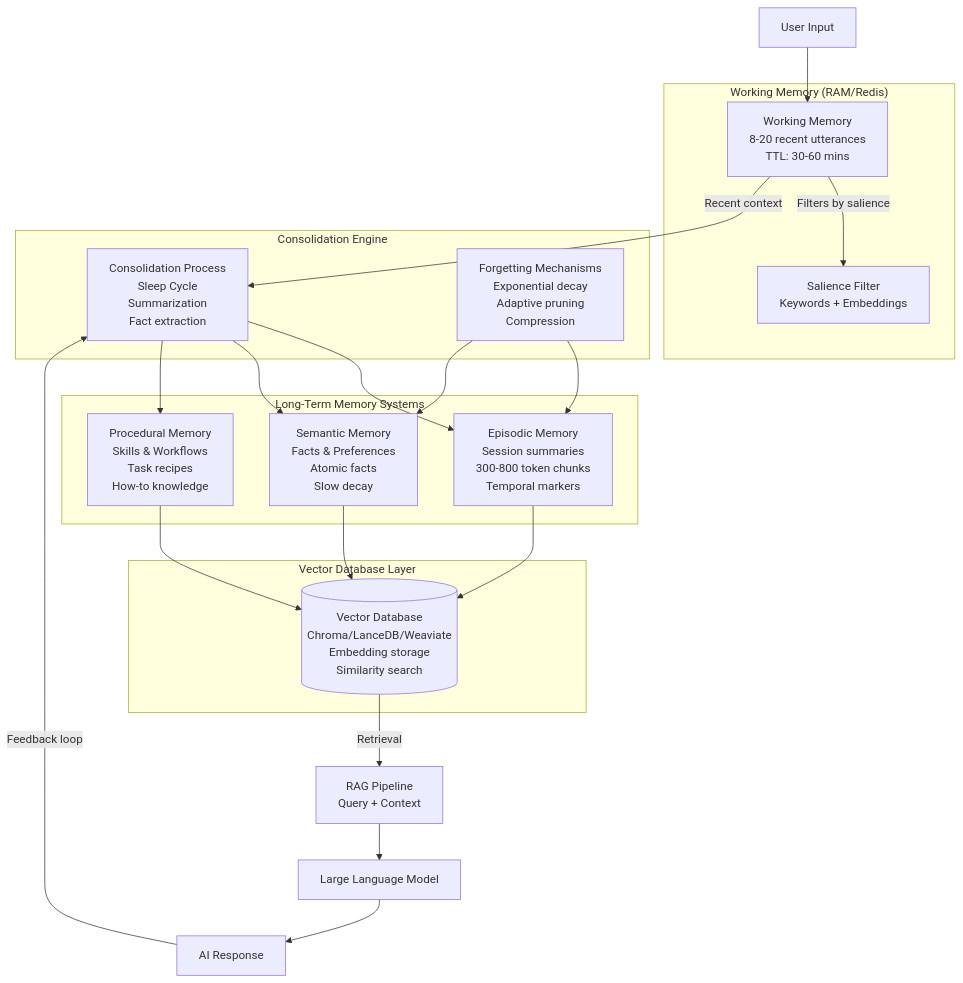
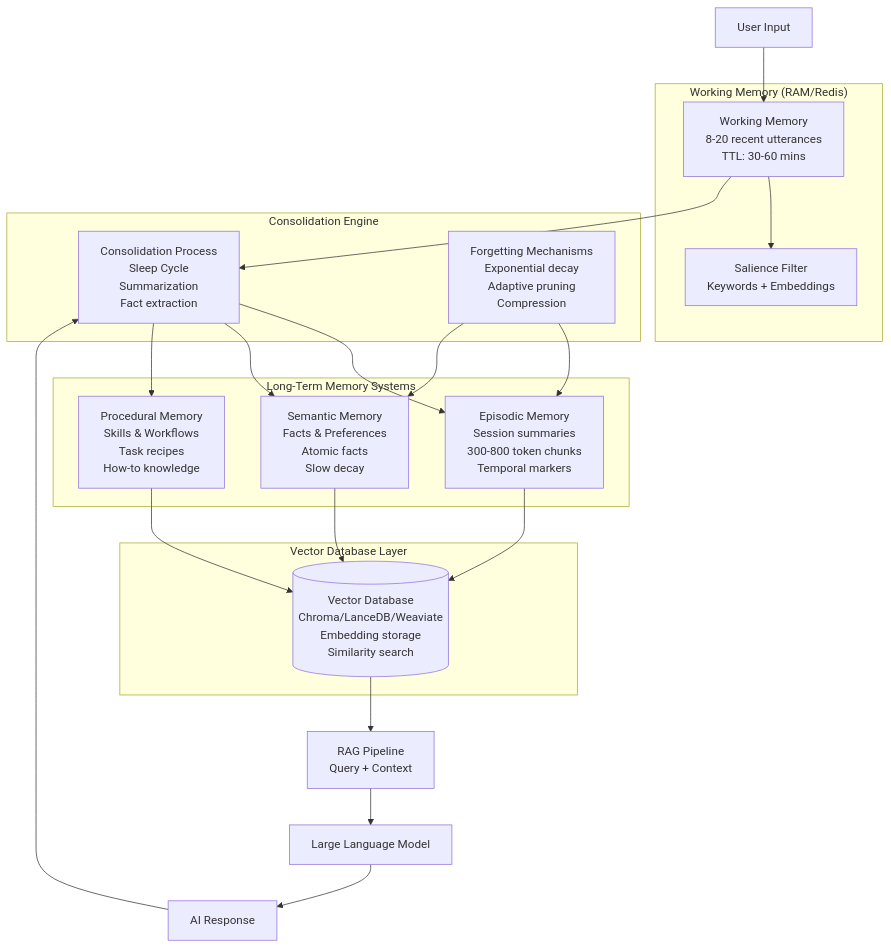
One commit to Itachi-1824/Jarvis changed the first of 5 diagrams in HBMA.md. Above: the diagram before and after it, drawn with Mermaid. The commit also changed other lines of this file, not shown here.

````diff
--- a/HBMA.md
+++ b/HBMA.md
@@ -25,37 +25,37 @@
 ```mermaid
 graph TB
     subgraph "Working Memory (RAM/Redis)"
         WM[Working Memory<br/>8-20 recent utterances<br/>TTL: 30-60 mins]
-        WM --> |Filters by salience| FILTER[Salience Filter<br/>Keywords + Embeddings]
+        WM --> FILTER[Salience Filter<br/>Keywords + Embeddings]
     end
 
     subgraph "Long-Term Memory Systems"
         EM[Episodic Memory<br/>Session summaries<br/>300-800 token chunks<br/>Temporal markers]
         SM[Semantic Memory<br/>Facts & Preferences<br/>Atomic facts<br/>Slow decay]
         PM[Procedural Memory<br/>Skills & Workflows<br/>Task recipes<br/>How-to knowledge]
     end
 
     subgraph "Vector Database Layer"
         VDB[(Vector Database<br/>Chroma/LanceDB/Weaviate<br/>Embedding storage<br/>Similarity search)]
     end
 
     subgraph "Consolidation Engine"
         CONS[Consolidation Process<br/>Sleep Cycle<br/>Summarization<br/>Fact extraction]
         FORGET[Forgetting Mechanisms<br/>Exponential decay<br/>Adaptive pruning<br/>Compression]
     end
 
     USER[User Input] --> WM
-    WM --> |Recent context| CONS
+    WM --> CONS
     EM --> VDB
     SM --> VDB
     PM --> VDB
-    VDB --> |Retrieval| RAG[RAG Pipeline<br/>Query + Context]
+    VDB --> RAG[RAG Pipeline<br/>Query + Context]
     RAG --> LLM[Large Language Model]
     LLM --> RESPONSE[AI Response]
     CONS --> EM
     CONS --> SM
     CONS --> PM
     FORGET --> EM
     FORGET --> SM
-    RESPONSE --> |Feedback loop| CONS
+    RESPONSE --> CONS
 ```
````
